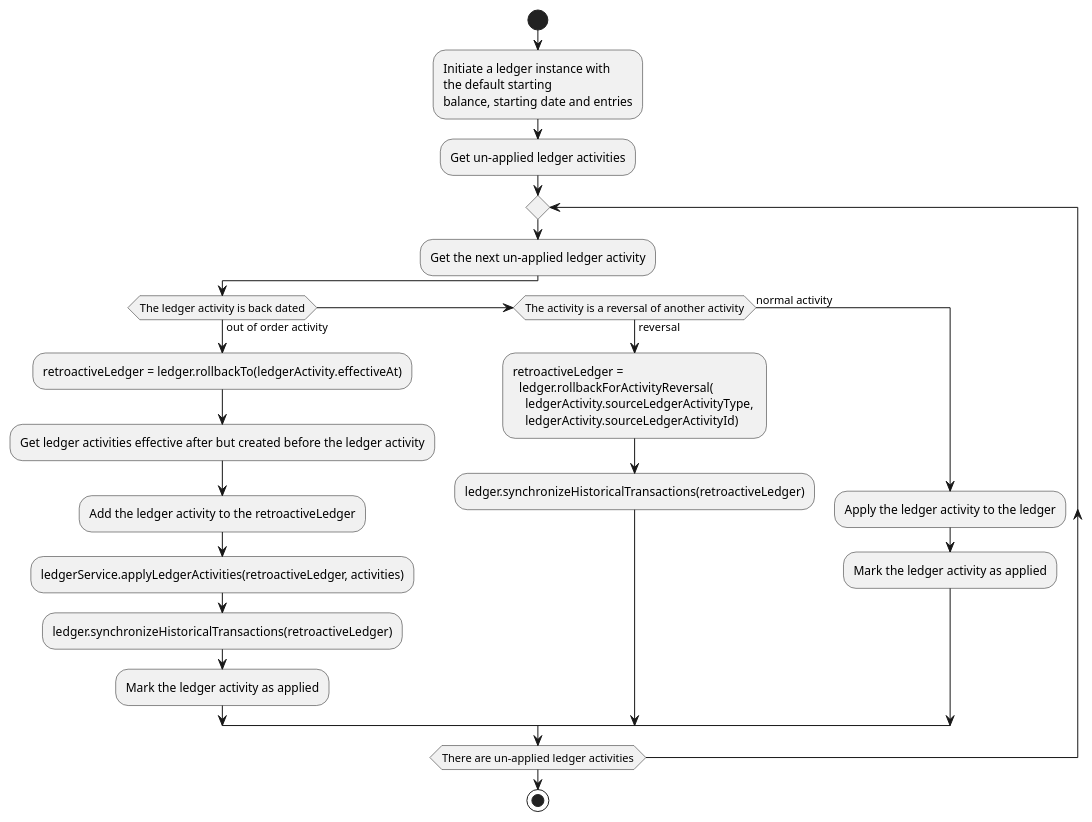
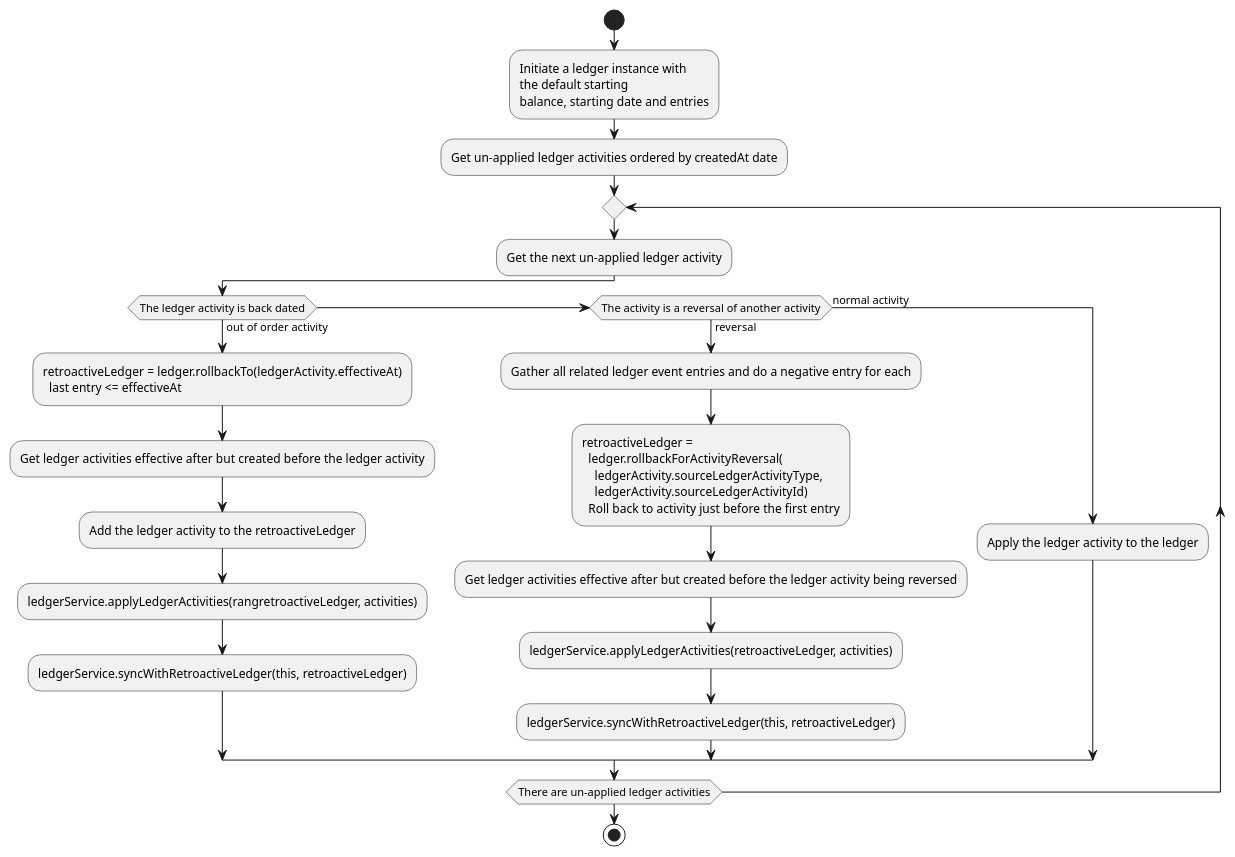
One commit to v1bh0r/precise-ledger-pro changed the second of 2 diagrams in README.md. Above: the diagram before and after it, drawn with PlantUML. The commit also changed other lines of this file and 16 other files, not shown here.

Commit message:
A basic structure of the ledger related classes

````diff
--- a/README.md
+++ b/README.md
@@ -82,33 +83,35 @@
 ```plantuml
 @startuml
 start
 :Initiate a ledger instance with 
 the default starting 
 balance, starting date and entries;
 
-:Get un-applied ledger activities;
+:Get un-applied ledger activities ordered by createdAt date;
 
 repeat
   :Get the next un-applied ledger activity;
       if (The ledger activity is back dated) then (out of order activity)
-        :retroactiveLedger = ledger.rollbackTo(ledgerActivity.effectiveAt);
+        :retroactiveLedger = ledger.rollbackTo(ledgerActivity.effectiveAt)
+          last entry <= effectiveAt;
         :Get ledger activities effective after but created before the ledger activity;
         :Add the ledger activity to the retroactiveLedger;
-        :ledgerService.applyLedgerActivities(retroactiveLedger, activities);
-        :ledger.synchronizeHistoricalTransactions(retroactiveLedger);
-        :Mark the ledger activity as applied;
+        :ledgerService.applyLedgerActivities(rangretroactiveLedger, activities);
+        :ledgerService.syncWithRetroactiveLedger(this, retroactiveLedger);
       else if (The activity is a reversal of another activity) then (reversal)
+        :Gather all related ledger event entries and do a negative entry for each;
         :retroactiveLedger = 
           ledger.rollbackForActivityReversal(
             ledgerActivity.sourceLedgerActivityType, 
-            ledgerActivity.sourceLedgerActivityId);
-        'rollback k baad recursion hogi. We need to re-apply all the transactions that came after the reversal
-        :ledger.synchronizeHistoricalTransactions(retroactiveLedger);
+            ledgerActivity.sourceLedgerActivityId)
+          Roll back to activity just before the first entry;
+        :Get ledger activities effective after but created before the ledger activity being reversed;
+        :ledgerService.applyLedgerActivities(retroactiveLedger, activities);
+        :ledgerService.syncWithRetroactiveLedger(this, retroactiveLedger);
       else (normal activity)
         :Apply the ledger activity to the ledger;
-        :Mark the ledger activity as applied;
       endif
 repeat while (There are un-applied ledger activities)
 stop
 @enduml
 ```
````
